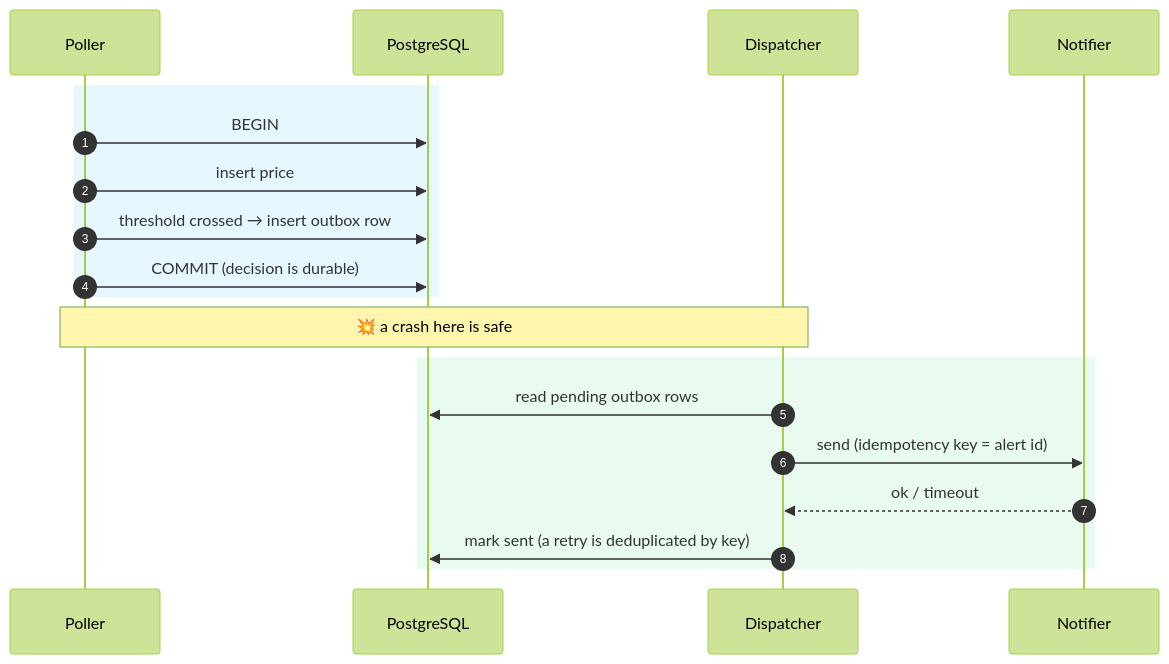
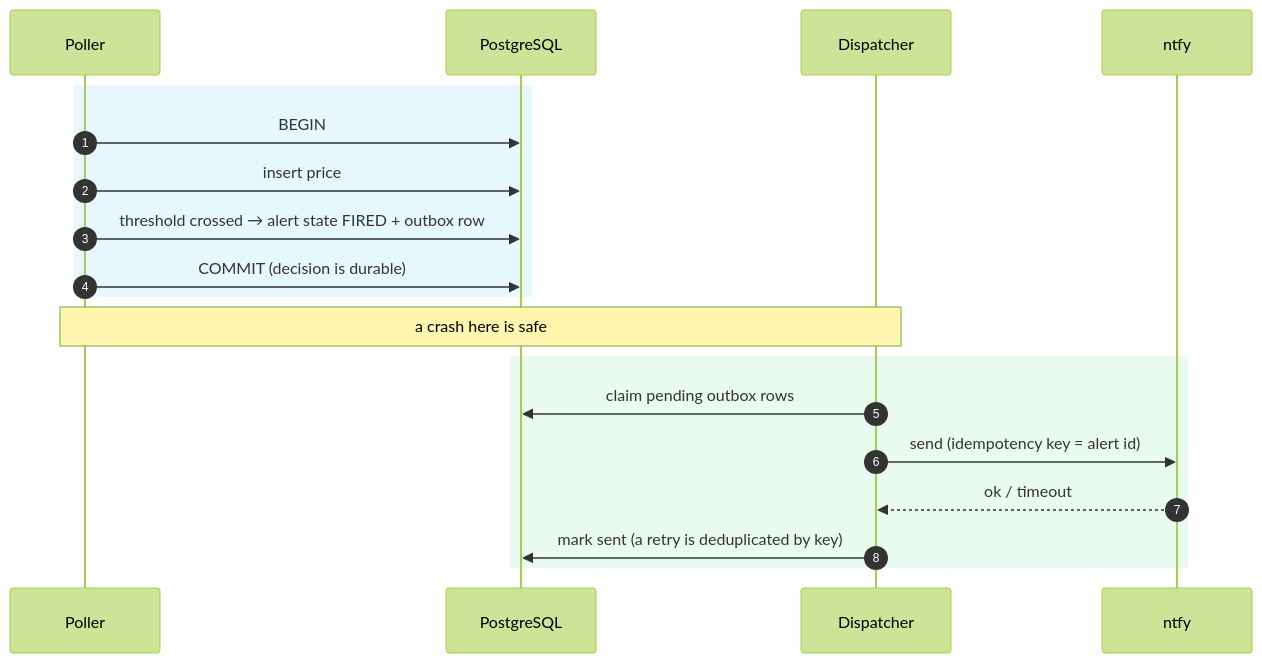
One commit to MC-161/priceWatch changed the third of 6 diagrams in README.md. Above: the diagram before and after it, drawn with Mermaid (forest theme). The commit also changed other lines of this file and 3 other files, not shown here.

````diff
--- a/README.md
+++ b/README.md
@@ -246,21 +255,21 @@
 ```mermaid
 sequenceDiagram
     autonumber
     participant W as Poller
     participant DB as PostgreSQL
     participant D as Dispatcher
-    participant N as Notifier
+    participant N as ntfy
     rect rgba(56, 189, 248, 0.12)
     W->>DB: BEGIN
     W->>DB: insert price
-    W->>DB: threshold crossed → insert outbox row
+    W->>DB: threshold crossed → alert state FIRED + outbox row
     W->>DB: COMMIT (decision is durable)
     end
-    Note over W,D: 💥 a crash here is safe
+    Note over W,D: a crash here is safe
     rect rgba(74, 222, 128, 0.12)
-    D->>DB: read pending outbox rows
+    D->>DB: claim pending outbox rows
     D->>N: send (idempotency key = alert id)
     N-->>D: ok / timeout
     D->>DB: mark sent (a retry is deduplicated by key)
     end
 ```
````
